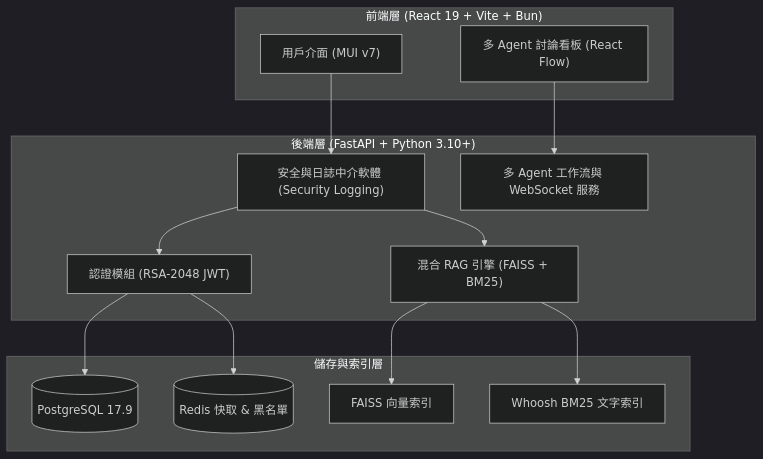
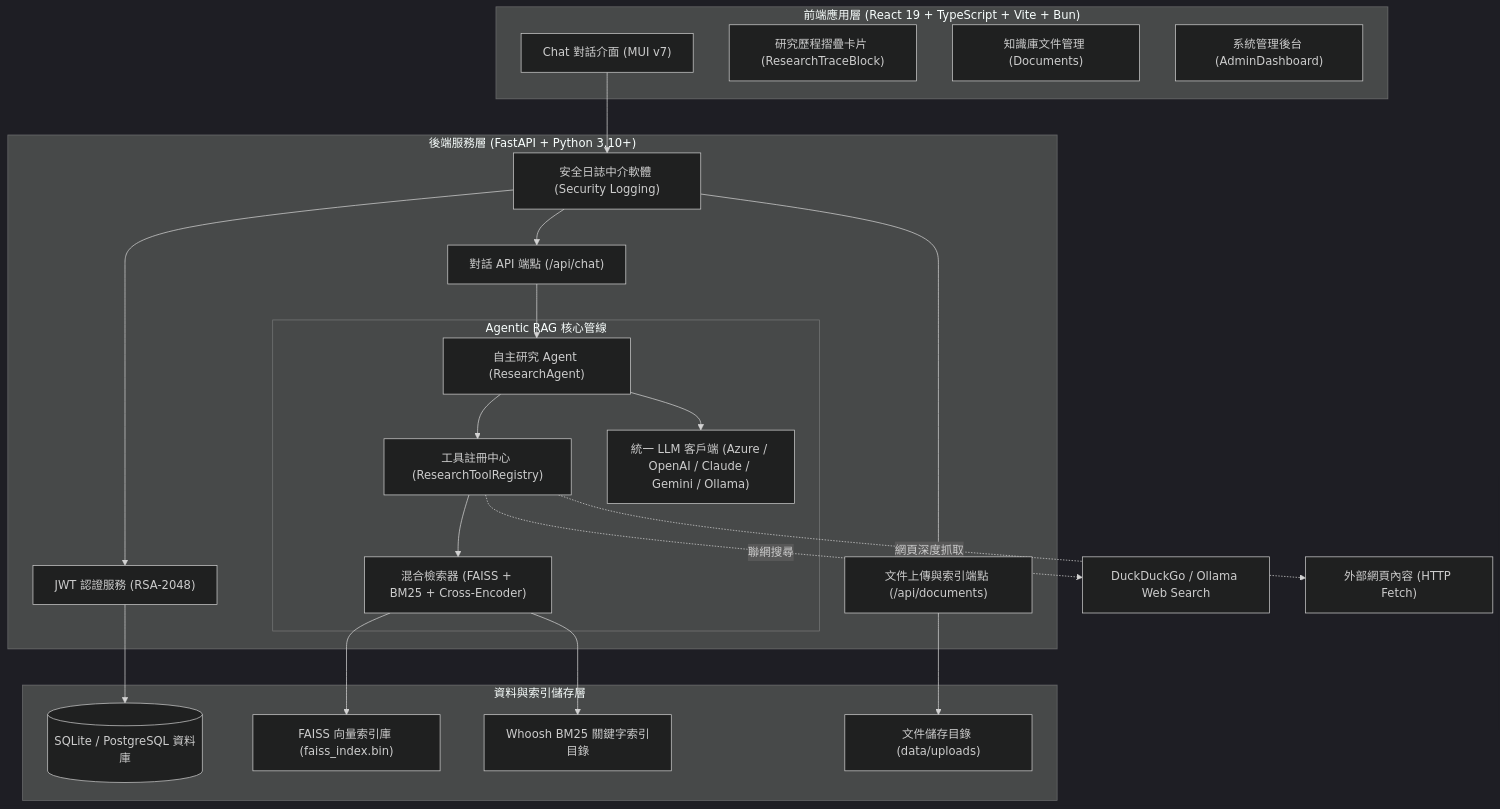
The diagram in README.md (Scorpio-meow/AI-CB), drawn with Mermaid (dark theme) before and after one commit. The commit also changed other lines of this file and 86 other files, not shown here.

First line of the commit message:
feat(rag): 實現 Agentic RAG 自主研究管線、推理程度選擇與架構輕量化

````diff
--- a/README.md
+++ b/README.md
@@ -109,30 +106,47 @@
 ```mermaid
 flowchart TB
-    subgraph Client ["前端層 (React 19 + Vite + Bun)"]
-        UI["用戶介面 (MUI v7)"]
-        Board["多 Agent 討論看板 (React Flow)"]
+    subgraph Client ["前端應用層 (React 19 + TypeScript + Vite + Bun)"]
+        UI["Chat 對話介面 (MUI v7)"]
+        TraceView["研究歷程摺疊卡片 (ResearchTraceBlock)"]
+        DocManage["知識庫文件管理 (Documents)"]
+        AdminView["系統管理後台 (AdminDashboard)"]
     end
 
-    subgraph Server ["後端層 (FastAPI + Python 3.10+)"]
-        Middleware["安全與日誌中介軟體 (Security Logging)"]
-        AuthModule["認證模組 (RSA-2048 JWT)"]
-        RAGModule["混合 RAG 引擎 (FAISS + BM25)"]
-        WorkflowModule["多 Agent 工作流與 WebSocket 服務"]
+    subgraph Backend ["後端服務層 (FastAPI + Python 3.10+)"]
+        SecurityMW["安全日誌中介軟體 (Security Logging)"]
+        AuthService["JWT 認證服務 (RSA-2048)"]
+        ChatAPI["對話 API 端點 (/api/chat)"]
+        DocAPI["文件上傳與索引端點 (/api/documents)"]
+        
+        subgraph AgenticRAG ["Agentic RAG 核心管線"]
+            Agent["自主研究 Agent (ResearchAgent)"]
+            ToolRegistry["工具註冊中心 (ResearchToolRegistry)"]
+            HybridRetriever["混合檢索器 (FAISS + BM25 + Cross-Encoder)"]
+            LLMClient["統一 LLM 客戶端 (Azure / OpenAI / Claude / Gemini / Ollama)"]
+        end
     end
 
-    subgraph Storage ["儲存與索引層"]
-        DB[(PostgreSQL 17.9)]
-        RedisCache[(Redis 快取 & 黑名單)]
-        FAISSIndex["FAISS 向量索引"]
-        BM25Index["Whoosh BM25 文字索引"]
+    subgraph Storage ["資料與索引儲存層"]
+        SQLiteDB[(SQLite / PostgreSQL 資料庫)]
+        FAISSStore["FAISS 向量索引庫 (faiss_index.bin)"]
+        BM25Store["Whoosh BM25 關鍵字索引目錄"]
+        DocUploads["文件儲存目錄 (data/uploads)"]
     end
 
-    UI --> Middleware
-    Board --> WorkflowModule
-    Middleware --> AuthModule
-    Middleware --> RAGModule
-    AuthModule --> DB
-    AuthModule --> RedisCache
-    RAGModule --> FAISSIndex
-    RAGModule --> BM25Index
+    UI --> SecurityMW
+    SecurityMW --> ChatAPI
+    SecurityMW --> DocAPI
+    SecurityMW --> AuthService
+    
+    ChatAPI --> Agent
+    Agent --> ToolRegistry
+    ToolRegistry --> HybridRetriever
+    ToolRegistry -.-> |聯網搜尋| DuckDuckGo["DuckDuckGo / Ollama Web Search"]
+    ToolRegistry -.-> |網頁深度抓取| WebContent["外部網頁內容 (HTTP Fetch)"]
+    
+    Agent --> LLMClient
+    HybridRetriever --> FAISSStore
+    HybridRetriever --> BM25Store
+    DocAPI --> DocUploads
+    AuthService --> SQLiteDB
 ```
````
